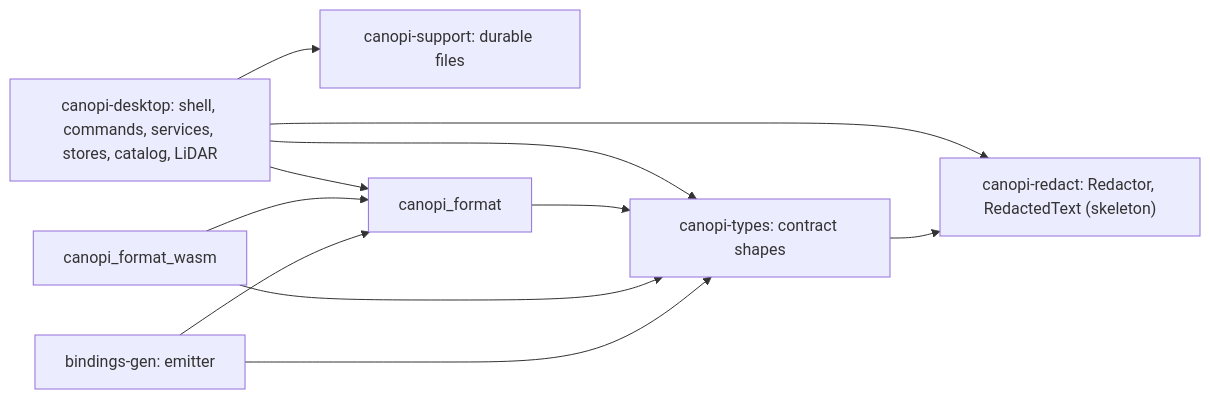
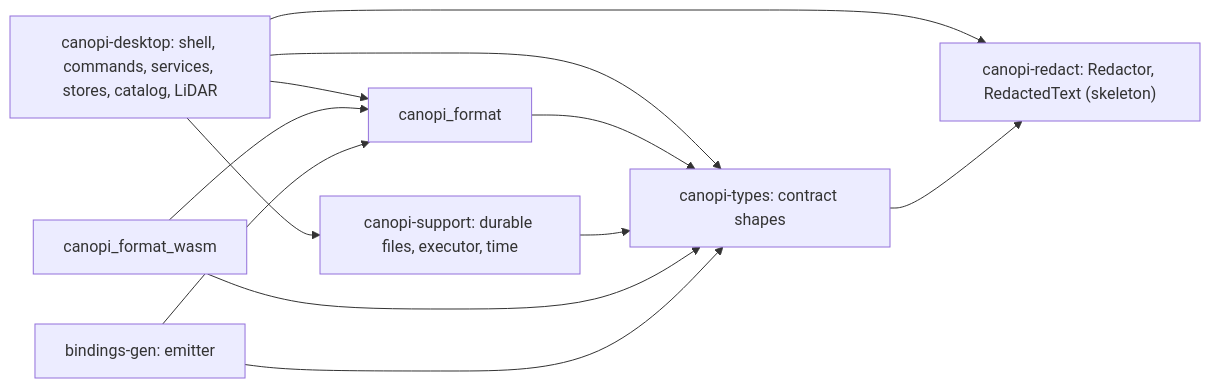
One commit to opencanopi/canopi changed the sixth of 8 diagrams in docs/architecture/components.md. Above: the diagram before and after it, drawn with Mermaid.

Commit message:
docs(architecture): draw canopi-support -> canopi-types crate edge

````diff
--- a/docs/architecture/components.md
+++ b/docs/architecture/components.md
@@ -247,19 +247,20 @@
 ```mermaid
 flowchart LR
   canopi_desktop["canopi-desktop: shell, commands, services, stores, catalog, LiDAR"]
   canopi_types["canopi-types: contract shapes"]
   canopi_redact["canopi-redact: Redactor, RedactedText (skeleton)"]
-  canopi_support["canopi-support: durable files"]
+  canopi_support["canopi-support: durable files, executor, time"]
   canopi_format
   bindings_gen["bindings-gen: emitter"]
   canopi_desktop --> canopi_types
   canopi_desktop --> canopi_redact
   canopi_desktop --> canopi_support
   canopi_desktop --> canopi_format
   canopi_format --> canopi_types
+  canopi_support --> canopi_types
   canopi_types --> canopi_redact
   canopi_format_wasm --> canopi_types
   canopi_format_wasm --> canopi_format
   bindings_gen --> canopi_types
   bindings_gen --> canopi_format
 ```
````
